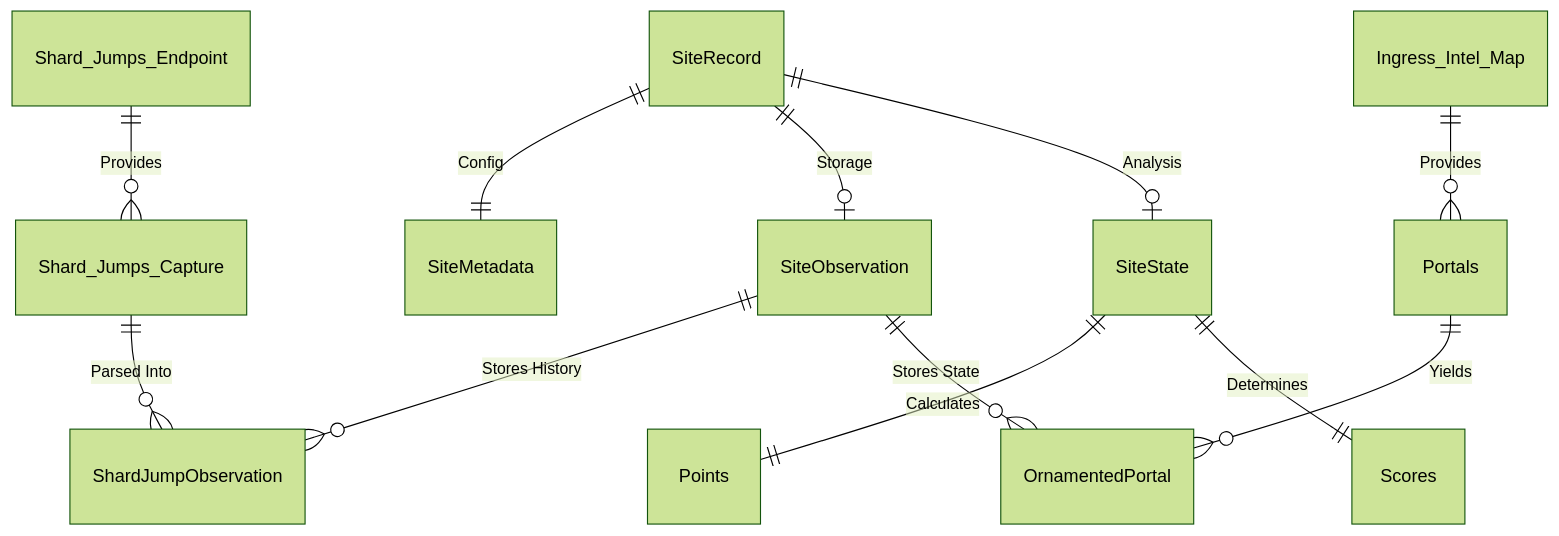
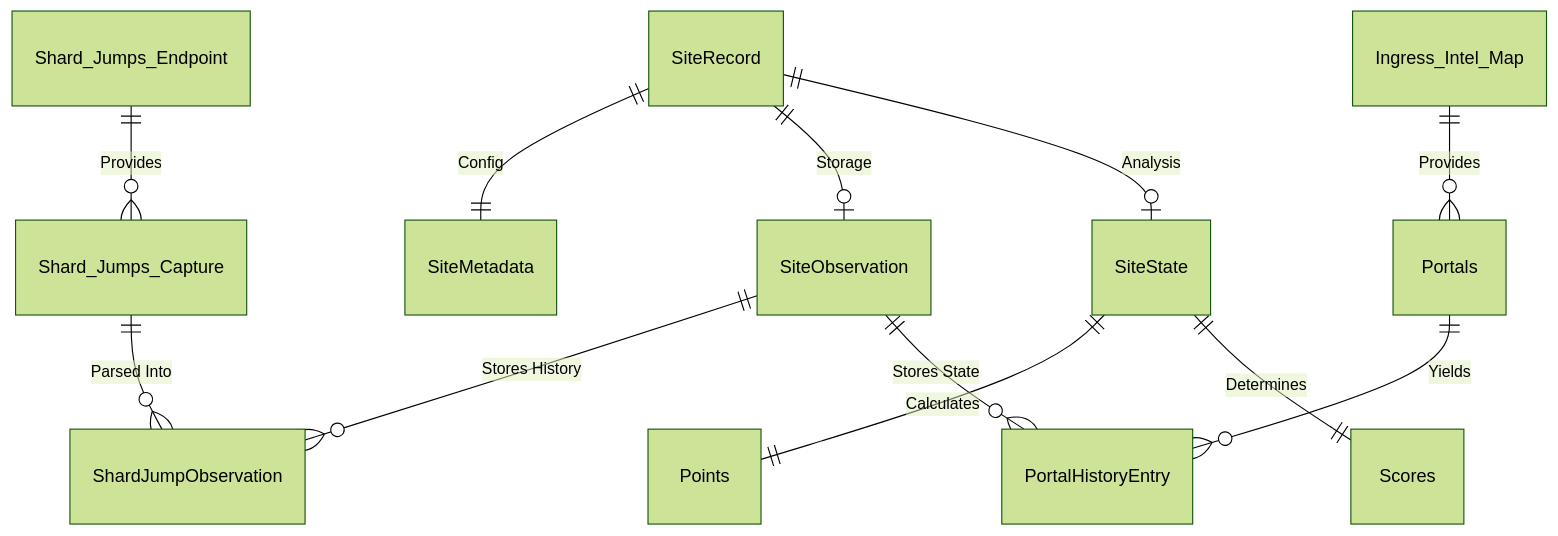
Before and after one commit to ingress-shards/ingress-events-core: the diagram in docs/Schema.md, drawn with Mermaid (forest theme). The commit also changed other lines of this file and 2 other files, not shown here.

Commit message:
feat(ornaments): transition to data-driven blueprint architecture

````diff
--- a/docs/Schema.md
+++ b/docs/Schema.md
@@ -38,23 +38,23 @@
 ```mermaid
 erDiagram
     %% Root Container
     SiteRecord ||--|| SiteMetadata : "Config"
     SiteRecord ||--o| SiteObservation : "Storage"
     SiteRecord ||--o| SiteState : "Analysis"
 
     %% Stage 1 & 2: Generation/Collection
     Ingress_Intel_Map ||--o{ Portals : "Provides"
     Shard_Jumps_Endpoint ||--o{ Shard_Jumps_Capture : "Provides"
     
     %% Stage 3: Processing
-    Portals ||--o{ OrnamentedPortal : "Yields"
+    Portals ||--o{ PortalHistoryEntry : "Yields"
     Shard_Jumps_Capture ||--o{ ShardJumpObservation : "Parsed Into"
     
     %% Stage 4: Storage (within SiteObservation)
     SiteObservation ||--o{ ShardJumpObservation : "Stores History"
-    SiteObservation ||--o{ OrnamentedPortal : "Stores State"
+    SiteObservation ||--o{ PortalHistoryEntry : "Stores State"
     
     %% Stage 5: Analysis (within SiteState)
     SiteState ||--|| Points : "Calculates"
     SiteState ||--|| Scores : "Determines"
 ```
````
